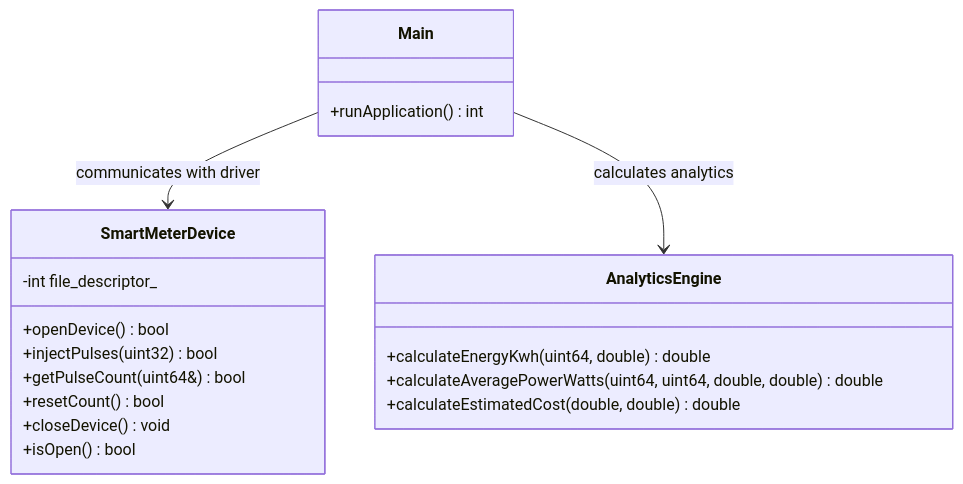
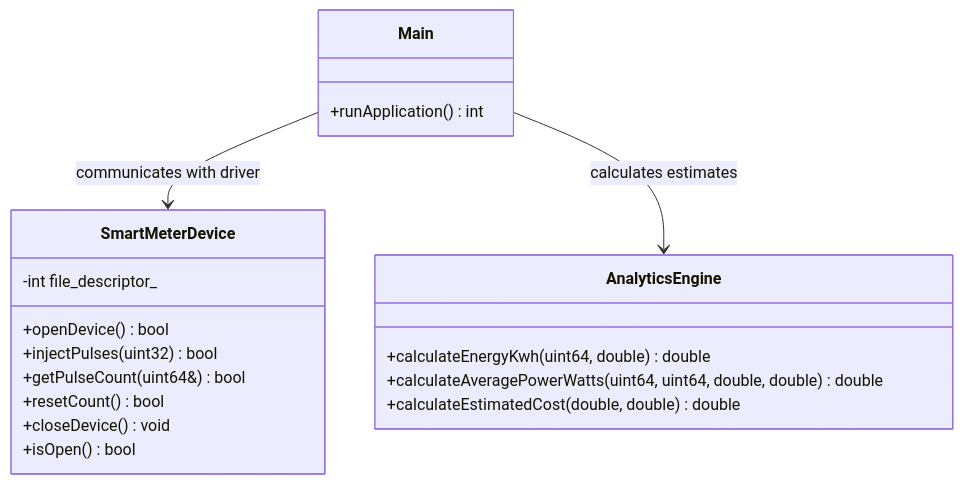
The second of 3 diagrams in README.md (smrutiranjanbehera08/smart-energy-smart-meter-pulse-counter-analytics-agent), drawn with Mermaid before and after one commit. The commit also changed other lines of this file, not shown here.

````diff
--- a/README.md
+++ b/README.md
@@ -52,25 +51,22 @@
 ```mermaid
 classDiagram
     class SmartMeterDevice {
         -int file_descriptor_
         +openDevice() bool
         +injectPulses(uint32) bool
         +getPulseCount(uint64&) bool
         +resetCount() bool
         +closeDevice() void
         +isOpen() bool
     }
-
     class AnalyticsEngine {
         +calculateEnergyKwh(uint64, double) double
         +calculateAveragePowerWatts(uint64, uint64, double, double) double
         +calculateEstimatedCost(double, double) double
     }
-
     class Main {
         +runApplication() int
     }
-
     Main --> SmartMeterDevice : communicates with driver
-    Main --> AnalyticsEngine : calculates analytics
+    Main --> AnalyticsEngine : calculates estimates
 ```
````
